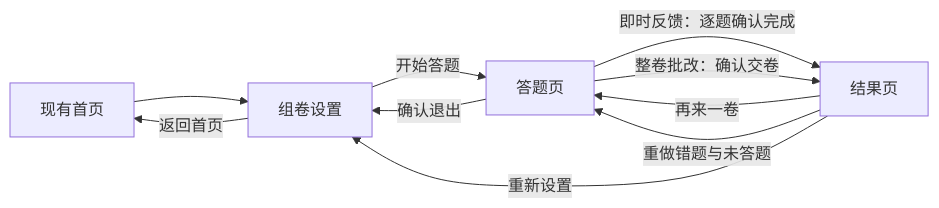
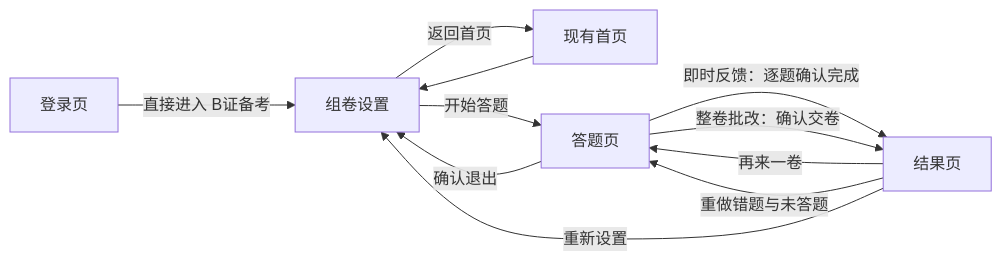
One commit to lichanping/studyEN changed the diagram in docs/PRD-exam-preparation-system-mvp.md. Above: the diagram before and after it, drawn with Mermaid. The commit also changed other lines of this file and 3 other files, not shown here.

````diff
--- a/docs/PRD-exam-preparation-system-mvp.md
+++ b/docs/PRD-exam-preparation-system-mvp.md
@@ -160,12 +162,13 @@
 ```mermaid
 flowchart LR
+  L[登录页] -->|直接进入 B证备考| B[组卷设置]
     A[现有首页] --> B[组卷设置]
     B -->|开始答题| C[答题页]
     C -->|即时反馈：逐题确认完成| D[结果页]
     C -->|整卷批改：确认交卷| D
     C -->|确认退出| B
     D -->|再来一卷| C
     D -->|重做错题与未答题| C
     D -->|重新设置| B
     B -->|返回首页| A
 ```
````
